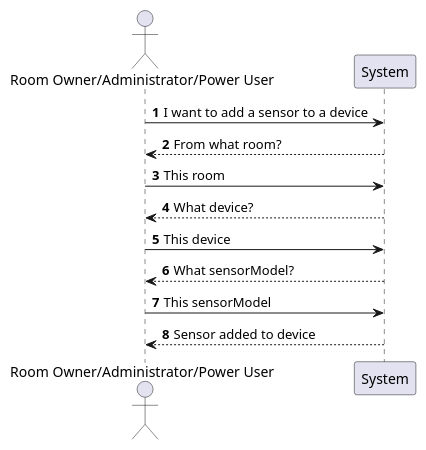
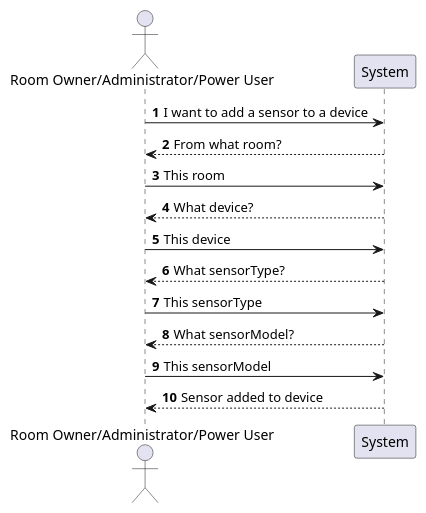
One commit to olivDiogo/SmartHome changed the diagram in docs/userStories/us07/artifacts/US07SSD.puml. Above: the diagram before and after it, drawn with PlantUML. The commit also changed 1 other file, not shown here.

Commit message:
#57 [update] updated SD diagrams for US07

```diff
--- a/docs/userStories/us07/artifacts/US07SSD.puml
+++ b/docs/userStories/us07/artifacts/US07SSD.puml
@@ -1,17 +1,19 @@
 @startuml
 'https://plantuml.com/sequence-diagram
 
 actor "Room Owner/Administrator/Power User" as RoomOwner
 autonumber
 RoomOwner -> System: I want to add a sensor to a device
 System --> RoomOwner: From what room?
 RoomOwner -> System: This room
 System --> RoomOwner: What device?
 RoomOwner -> System: This device
+System --> RoomOwner: What sensorType?
+RoomOwner -> System: This sensorType
 System --> RoomOwner: What sensorModel?
 RoomOwner -> System: This sensorModel
 System --> RoomOwner: Sensor added to device
 
 
 
 @enduml
```
